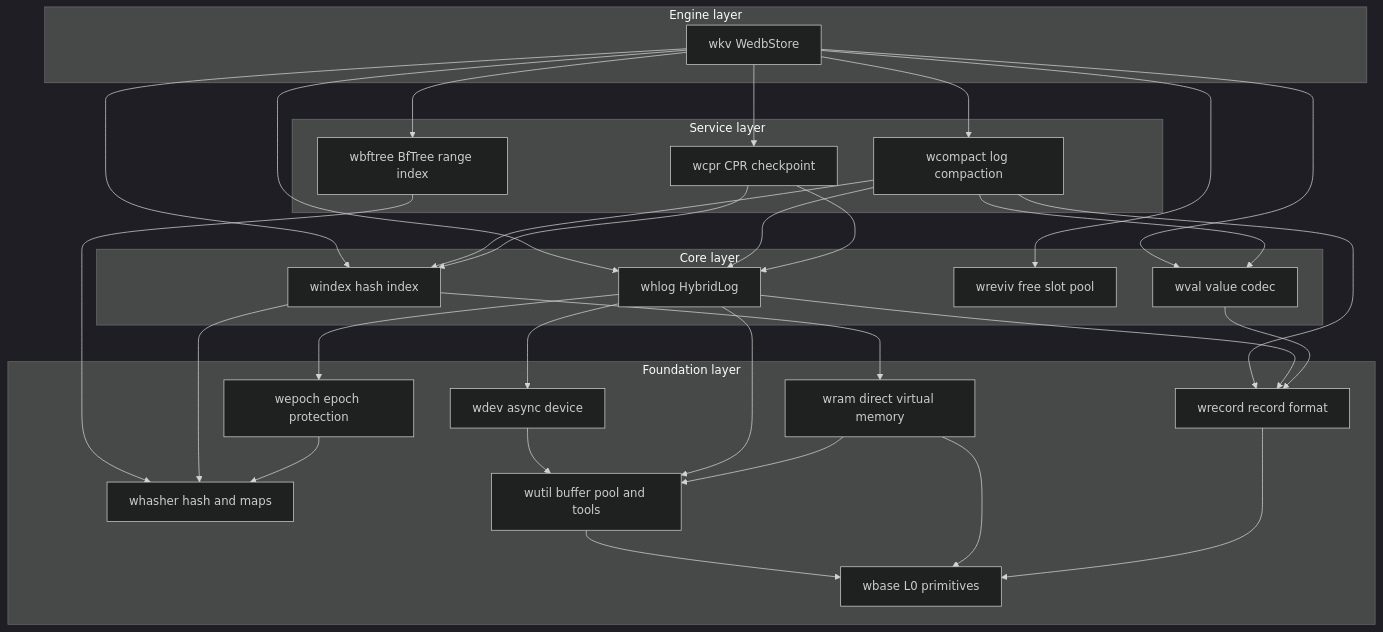
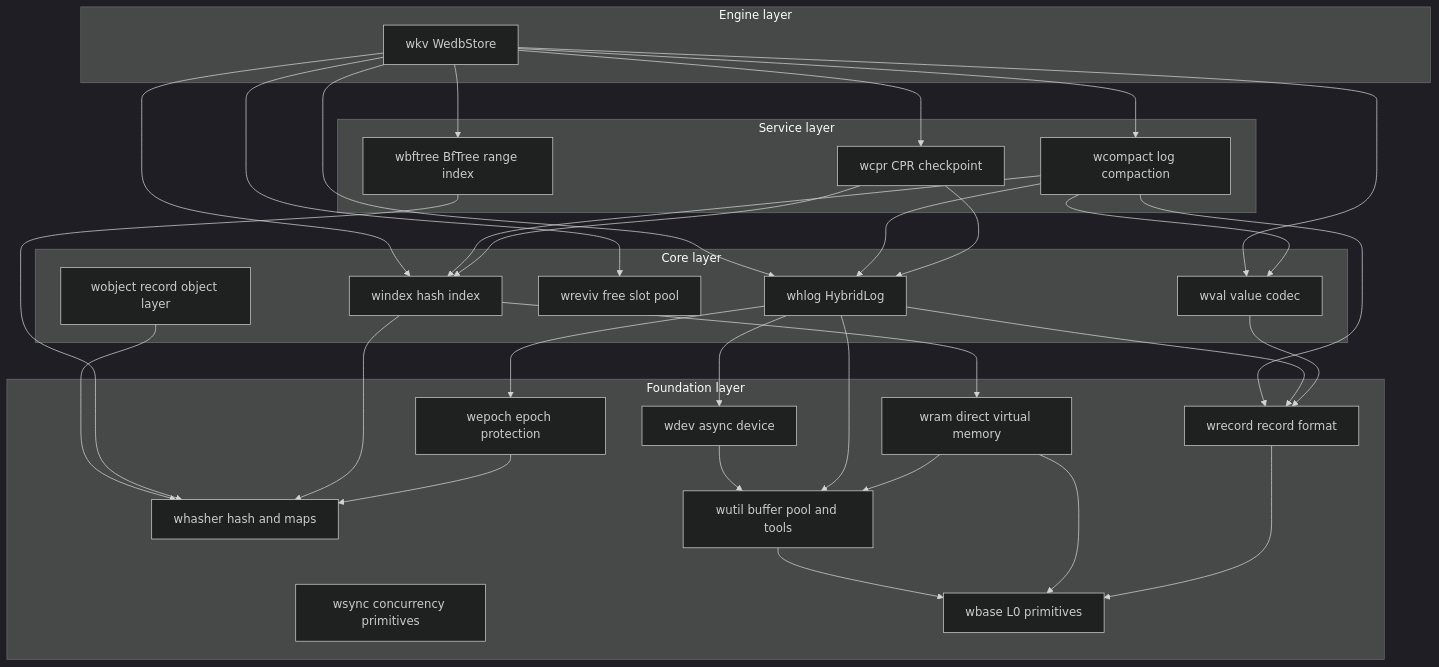
Before and after one commit to webc-site/wedb: the first of 4 diagrams in embed/README.md, drawn with Mermaid (dark theme). The commit also changed other lines of this file and 6 other files, not shown here.

Commit message:
review: rr2-embed 增量复审——wobject 并发容器口径统一至 whasher::GxPapayaMap/Set 唯一出出处(移除 papaya/gxhash 直依赖) + README 架构文档补齐 wobject/wsync 与拓扑/目录/API 同步(EN+ZH 源文件+mdt 重生成);核实 rr1 seqlock 读后复核/rc 断链重读/2*Double.Epsilon 容差与 r9 wbftree 换树竞态修复均未回退

````diff
--- a/embed/README.md
+++ b/embed/README.md
@@ -178,54 +180,57 @@
 ```mermaid
 graph TD
   subgraph engine[Engine layer]
     wkv[wkv WedbStore]
   end
   subgraph services[Service layer]
     wcpr[wcpr CPR checkpoint]
     wcompact[wcompact log compaction]
     wbftree[wbftree BfTree range index]
   end
   subgraph core[Core layer]
     whlog[whlog HybridLog]
     windex[windex hash index]
     wreviv[wreviv free slot pool]
     wval[wval value codec]
+    wobject[wobject record object layer]
   end
   subgraph foundation[Foundation layer]
     wrecord[wrecord record format]
     wdev[wdev async device]
     wepoch[wepoch epoch protection]
+    wsync[wsync concurrency primitives]
     whasher[whasher hash and maps]
     wutil[wutil buffer pool and tools]
     wram[wram direct virtual memory]
     wbase[wbase L0 primitives]
   end
 
   wkv --> wcpr
   wkv --> wcompact
   wkv --> wbftree
   wkv --> whlog
   wkv --> windex
   wkv --> wreviv
   wkv --> wval
+  wobject --> whasher
   wcompact --> whlog
   wcompact --> windex
   wcompact --> wval
   wcompact --> wrecord
   wcpr --> whlog
   wcpr --> windex
   wbftree --> whasher
   whlog --> wrecord
   whlog --> wdev
   whlog --> wepoch
   windex --> whasher
   windex --> wram
   wval --> wrecord
   wdev --> wutil
   whlog --> wutil
   wram --> wutil
   wutil --> wbase
   wepoch --> whasher
   wram --> wbase
   wrecord --> wbase
 ```
````
